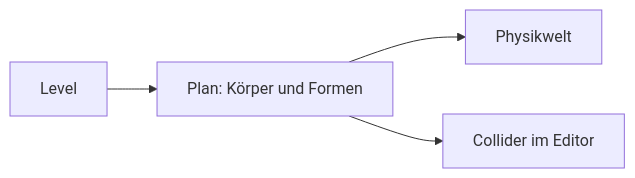
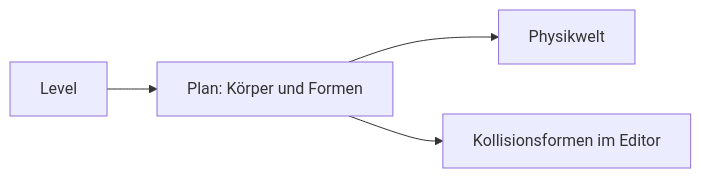
Before and after one commit to ChristianHohlfeld/kernengine.de: the second of 4 diagrams in kern/docs/buch-gelb/08-spiel-laufzeit.md, drawn with Mermaid. The commit also changed other lines of this file and 19 other files, not shown here.

````diff
--- a/kern/docs/buch-gelb/08-spiel-laufzeit.md
+++ b/kern/docs/buch-gelb/08-spiel-laufzeit.md
@@ -255,6 +253,7 @@
 ```mermaid
+%% Bildunterschrift: Ein Plan für beide: Aus ihm entstehen die Physikwelt und die Kollisionsformen im Editor
 flowchart LR
   L[Level] --> P[Plan: Körper und Formen]
   P --> W[Physikwelt]
-  P --> E[Collider im Editor]
+  P --> E[Kollisionsformen im Editor]
 ```
````
